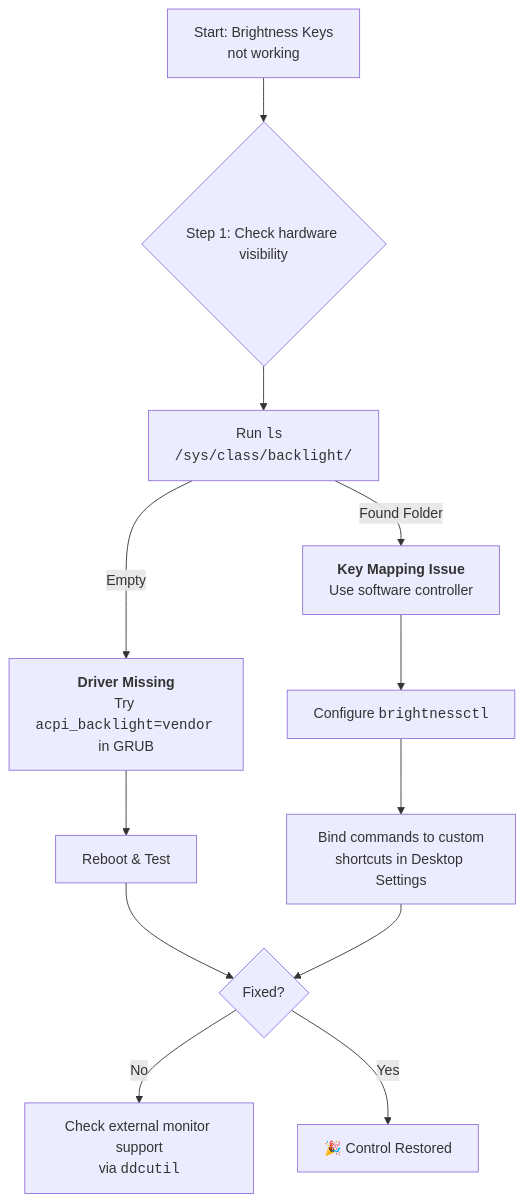
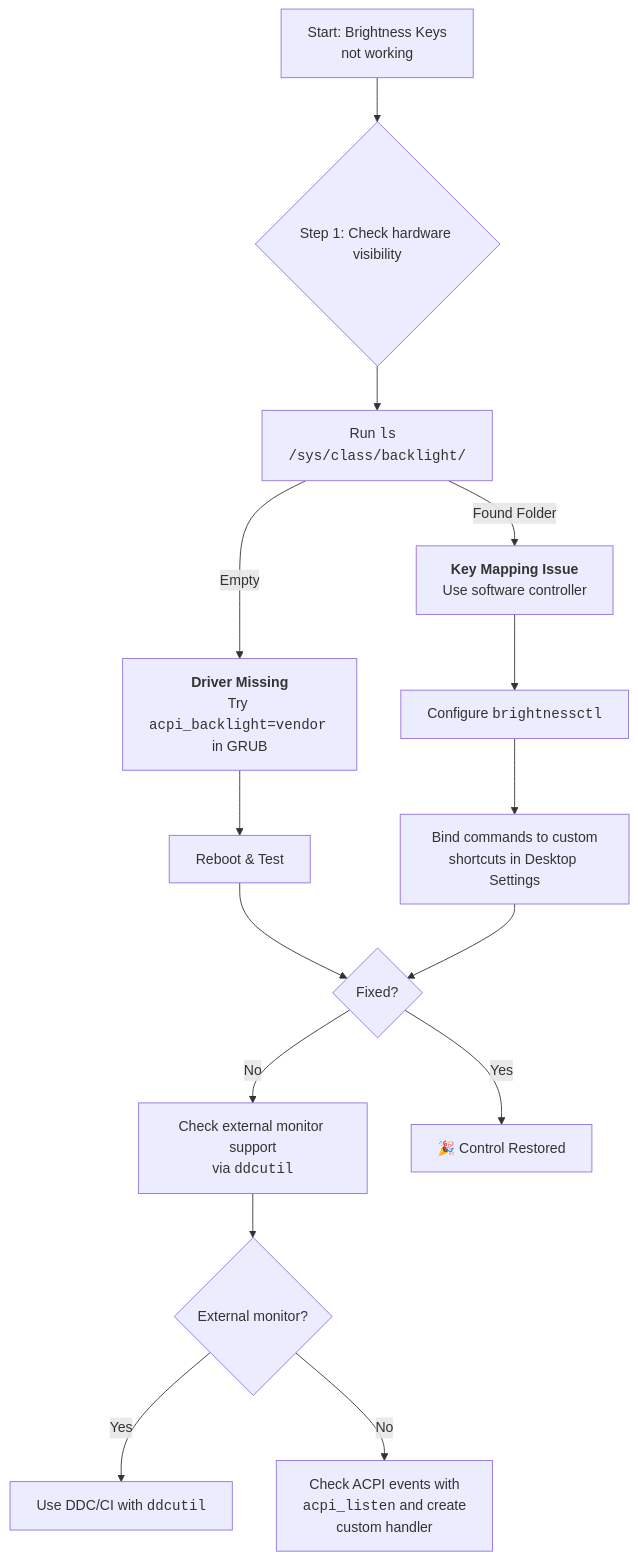
One commit to htghuzaifa2/huzi.pk-web-v2 changed the diagram in src/data/blogs/posts/tech/linux-brightness-keys-not-working-fix.md. Above: the diagram before and after it, drawn with Mermaid. The commit also changed other lines of this file and 488 other files, not shown here.

````diff
--- a/src/data/blogs/posts/tech/linux-brightness-keys-not-working-fix.md
+++ b/src/data/blogs/posts/tech/linux-brightness-keys-not-working-fix.md
@@ -47,18 +300,21 @@
 ```mermaid
 flowchart TD
     A[Start: Brightness Keys<br>not working] --> B{Step 1: Check hardware visibility}
     B --> C[Run <code>ls /sys/class/backlight/</code>]
-    
+
     C -- Empty --> D[<b>Driver Missing</b><br>Try <code>acpi_backlight=vendor</code> in GRUB]
     C -- Found Folder --> E[<b>Key Mapping Issue</b><br>Use software controller]
-    
+
     D --> F[Reboot & Test]
     E --> G[Configure <code>brightnessctl</code>]
-    
+
     G --> H[Bind commands to custom<br>shortcuts in Desktop Settings]
     F --> I{Fixed?}
     H --> I
-    
+
     I -- No --> J[Check external monitor support<br>via <code>ddcutil</code>]
     I -- Yes --> K[🎉 Control Restored]
+    J --> L{External monitor?}
+    L -- Yes --> M[Use DDC/CI with <code>ddcutil</code>]
+    L -- No --> N[Check ACPI events with<br><code>acpi_listen</code> and create<br>custom handler]
 ```
````
